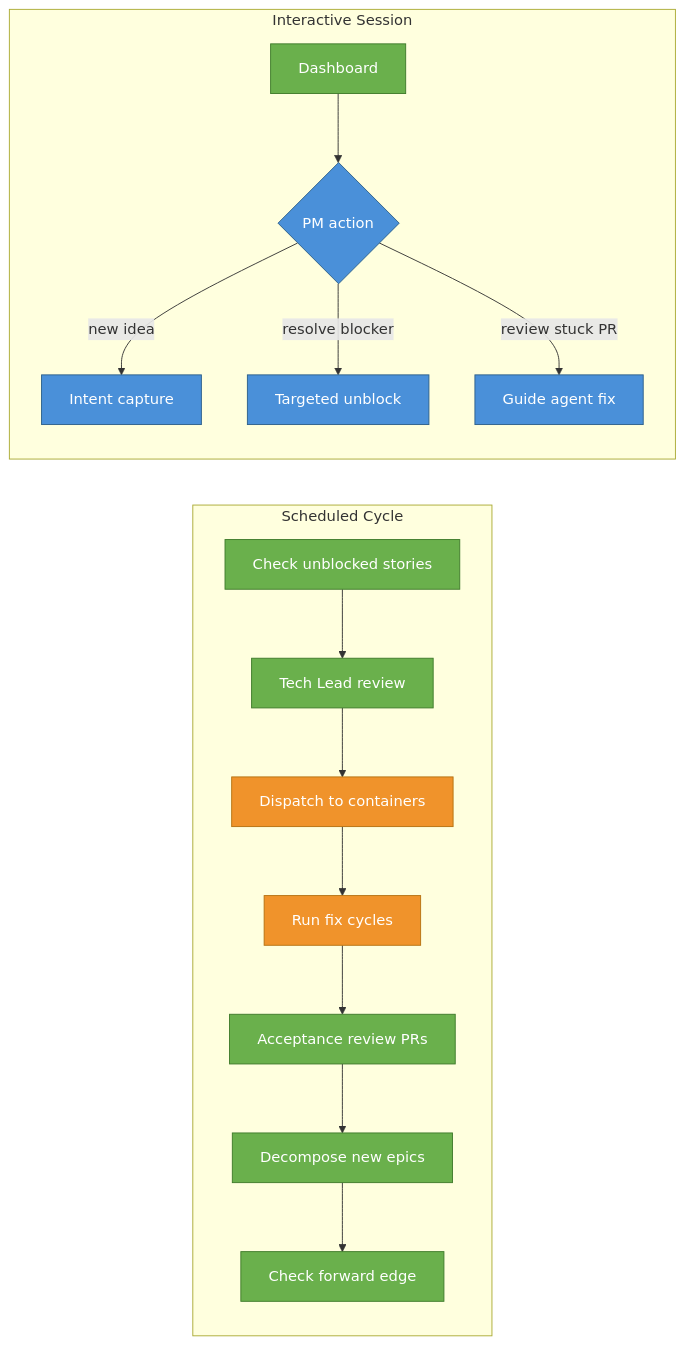
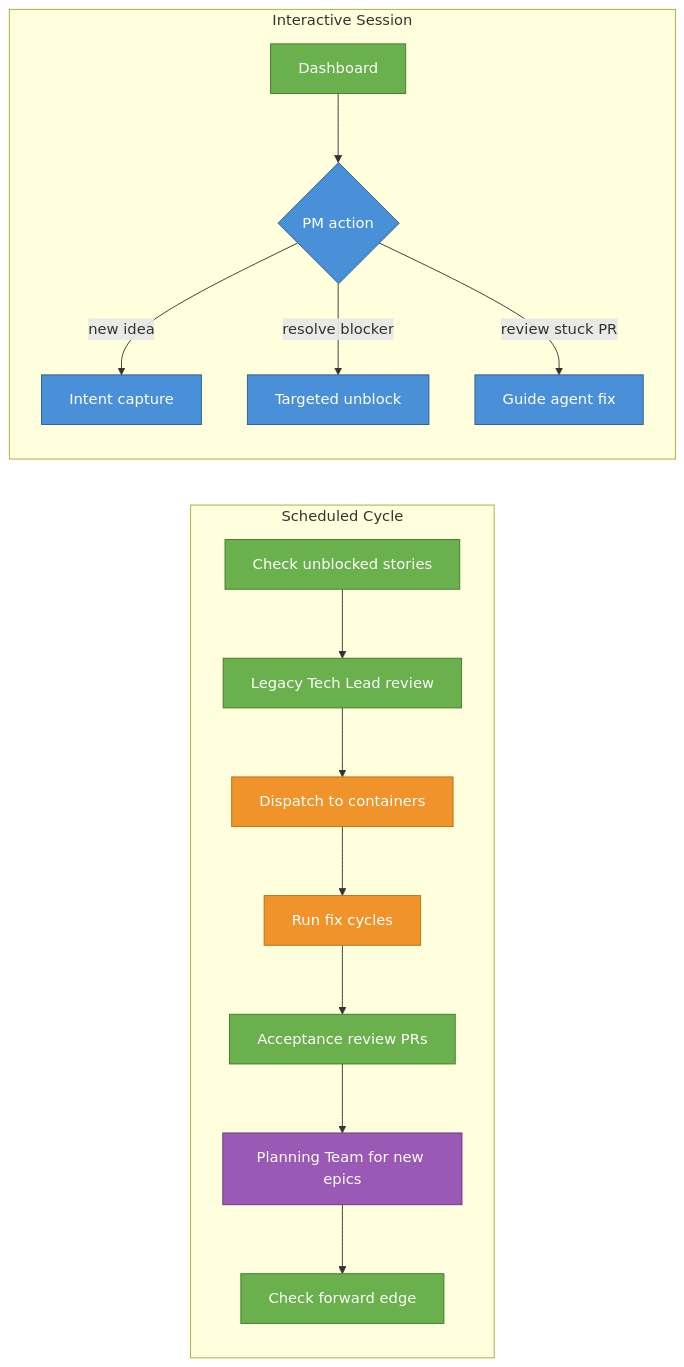
The third of 3 diagrams in docs/development/autonomous-dev-team.md (cfg-is/cfgms), drawn with Mermaid before and after one commit. The commit also changed other lines of this file and 5 other files, not shown here.

First line of the commit message:
workflow: convert planning phase to collaborative team model

````diff
--- a/docs/development/autonomous-dev-team.md
+++ b/docs/development/autonomous-dev-team.md
@@ -131,22 +140,23 @@
 ```mermaid
 flowchart LR
     subgraph Scheduled Cycle
-        S1[Check unblocked stories]:::agent --> S2[Tech Lead review]:::agent
+        S1[Check unblocked stories]:::agent --> S2[Legacy Tech Lead review]:::agent
         S2 --> S3[Dispatch to containers]:::container
         S3 --> S4[Run fix cycles]:::container
         S4 --> S5[Acceptance review PRs]:::agent
-        S5 --> S6[Decompose new epics]:::agent
+        S5 --> S6[Planning Team for new epics]:::team
         S6 --> S7[Check forward edge]:::agent
     end
 
     subgraph Interactive Session
         I1[Dashboard]:::agent --> I2{PM action}:::human
         I2 -->|new idea| I3[Intent capture]:::human
         I2 -->|resolve blocker| I4[Targeted unblock]:::human
         I2 -->|review stuck PR| I5[Guide agent fix]:::human
     end
 
     classDef human fill:#4a90d9,stroke:#2c5f8a,color:#fff
     classDef agent fill:#6ab04c,stroke:#3e7a2a,color:#fff
     classDef container fill:#f0932b,stroke:#b5700f,color:#fff
+    classDef team fill:#9b59b6,stroke:#6c3483,color:#fff
 ```
````
